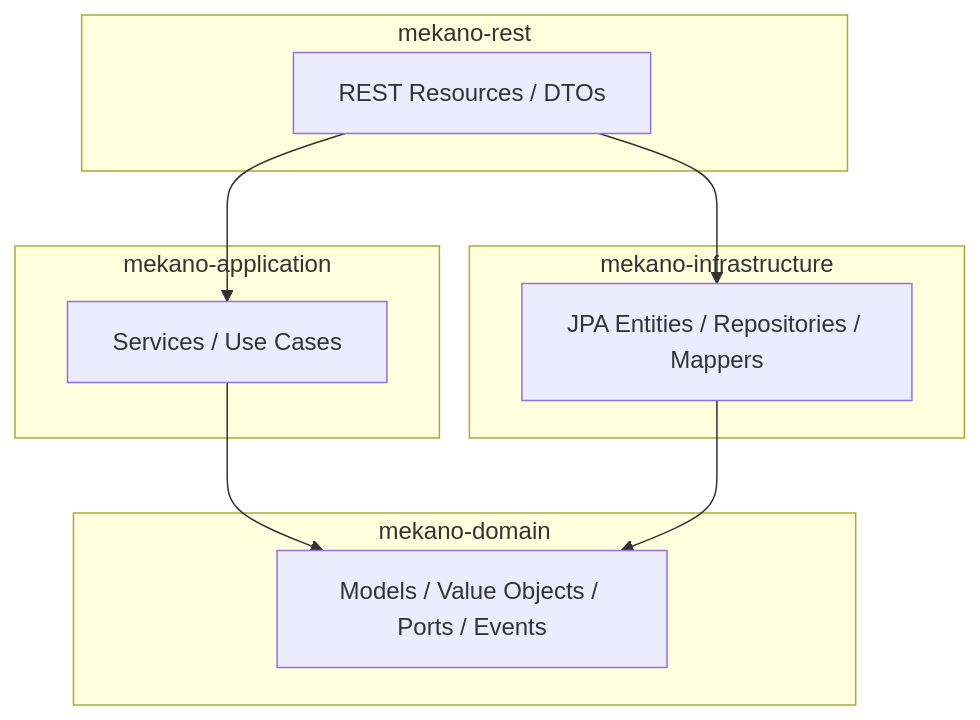
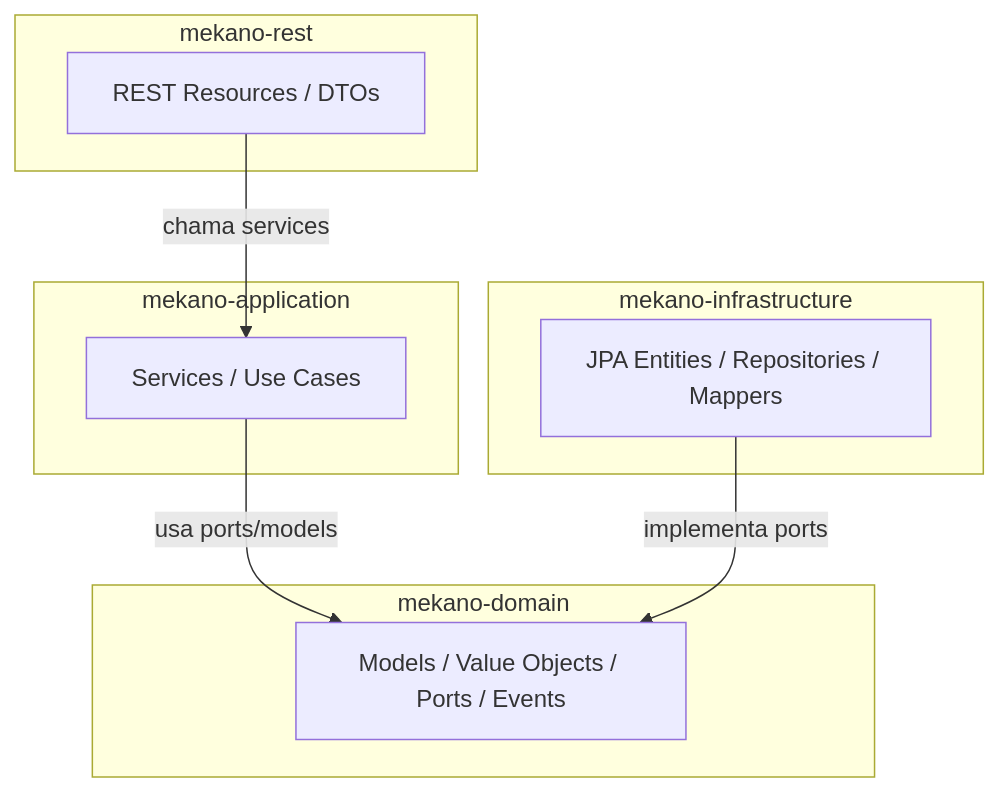
One commit to FIAP-SOFTWARE-ARCHITECTURE-TEAM/Mekano-API changed the diagram in README.md. Above: the diagram before and after it, drawn with Mermaid. The commit also changed other lines of this file, not shown here.

````diff
--- a/README.md
+++ b/README.md
@@ -66,20 +66,19 @@
 ```mermaid
 graph TB
     subgraph "mekano-rest"
         REST[REST Resources / DTOs]
     end
     subgraph "mekano-application"
         APP[Services / Use Cases]
     end
     subgraph "mekano-infrastructure"
         INFRA[JPA Entities / Repositories / Mappers]
     end
     subgraph "mekano-domain"
         DOM[Models / Value Objects / Ports / Events]
     end
 
-    REST --> APP
-    APP --> DOM
-    INFRA --> DOM
-    REST --> INFRA
+    REST -->|chama services| APP
+    APP -->|usa ports/models| DOM
+    INFRA -->|implementa ports| DOM
 ```
````
